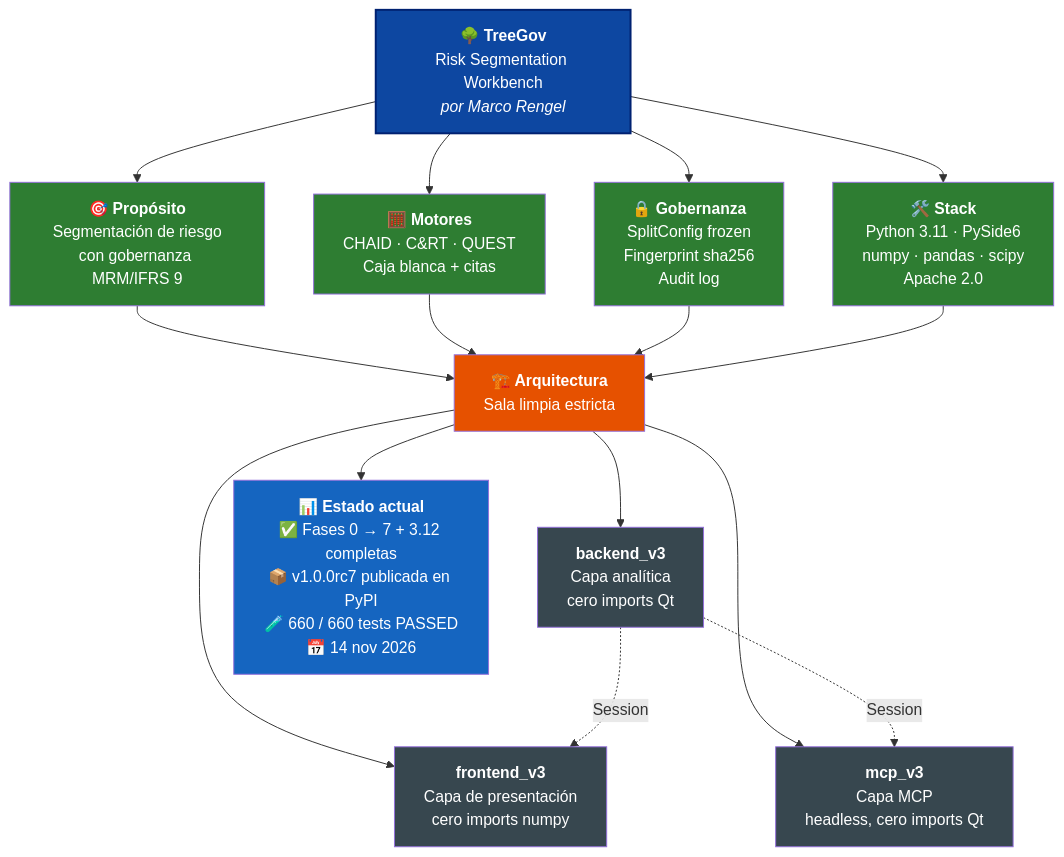
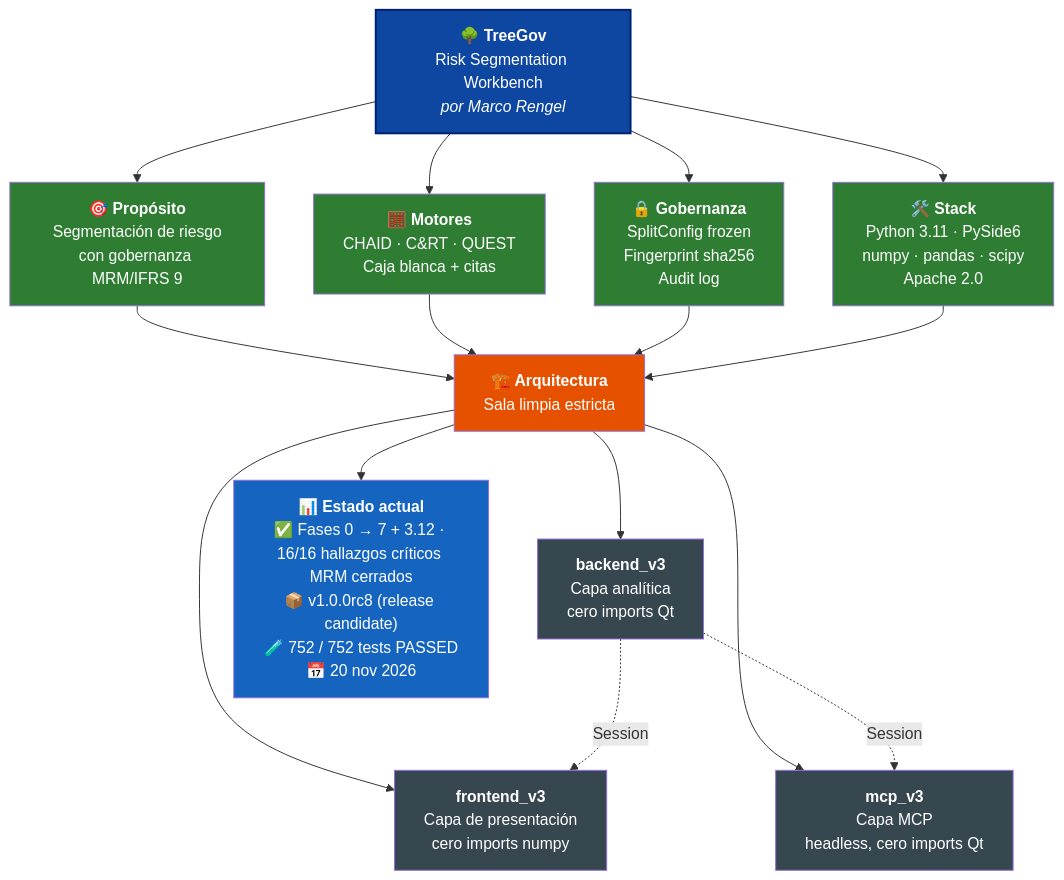
One commit to Marco-Rengel/treegov changed the diagram in README.es.md. Above: the diagram before and after it, drawn with Mermaid. The commit also changed other lines of this file and 12 other files, not shown here.

Commit message:
chore(release): sync all 12 docs and bump version to 1.0.0rc8 (Phase 2 MRM closure)

````diff
--- a/README.es.md
+++ b/README.es.md
@@ -38,34 +38,34 @@
 ```mermaid
 flowchart TB
     TG["<b>🌳 TreeGov</b><br/>Risk Segmentation Workbench<br/><i>por Marco Rengel</i>"]
 
     TG --> P["<b>🎯 Propósito</b><br/>Segmentación de riesgo<br/>con gobernanza MRM/IFRS 9"]
     TG --> M["<b>🧮 Motores</b><br/>CHAID · C&RT · QUEST<br/>Caja blanca + citas"]
     TG --> G["<b>🔒 Gobernanza</b><br/>SplitConfig frozen<br/>Fingerprint sha256<br/>Audit log"]
     TG --> S["<b>🛠️ Stack</b><br/>Python 3.11 · PySide6<br/>numpy · pandas · scipy<br/>Apache 2.0"]
 
     P --> ARQ["<b>🏗️ Arquitectura</b><br/>Sala limpia estricta"]
     M --> ARQ
     G --> ARQ
     S --> ARQ
 
     ARQ --> BE["<b>backend_v3</b><br/>Capa analítica<br/>cero imports Qt"]
     ARQ --> FE["<b>frontend_v3</b><br/>Capa de presentación<br/>cero imports numpy"]
     ARQ --> MC["<b>mcp_v3</b><br/>Capa MCP<br/>headless, cero imports Qt"]
 
     BE -.->|Session| FE
     BE -.->|Session| MC
 
-    ARQ --> ST["<b>📊 Estado actual</b><br/>✅ Fases 0 → 7 + 3.12 completas<br/>📦 v1.0.0rc7 publicada en PyPI<br/>🧪 660 / 660 tests PASSED<br/>📅 14 nov 2026"]
+    ARQ --> ST["<b>📊 Estado actual</b><br/>✅ Fases 0 → 7 + 3.12 · 16/16 hallazgos críticos MRM cerrados<br/>📦 v1.0.0rc8 (release candidate)<br/>🧪 752 / 752 tests PASSED<br/>📅 20 nov 2026"]
 
     style TG fill:#0D47A1,color:#fff,stroke:#002171,stroke-width:2px
     style P fill:#2E7D32,color:#fff
     style M fill:#2E7D32,color:#fff
     style G fill:#2E7D32,color:#fff
     style S fill:#2E7D32,color:#fff
     style ARQ fill:#E65100,color:#fff
     style BE fill:#37474F,color:#fff
     style FE fill:#37474F,color:#fff
     style MC fill:#37474F,color:#fff
     style ST fill:#1565C0,color:#fff
 ```
````
